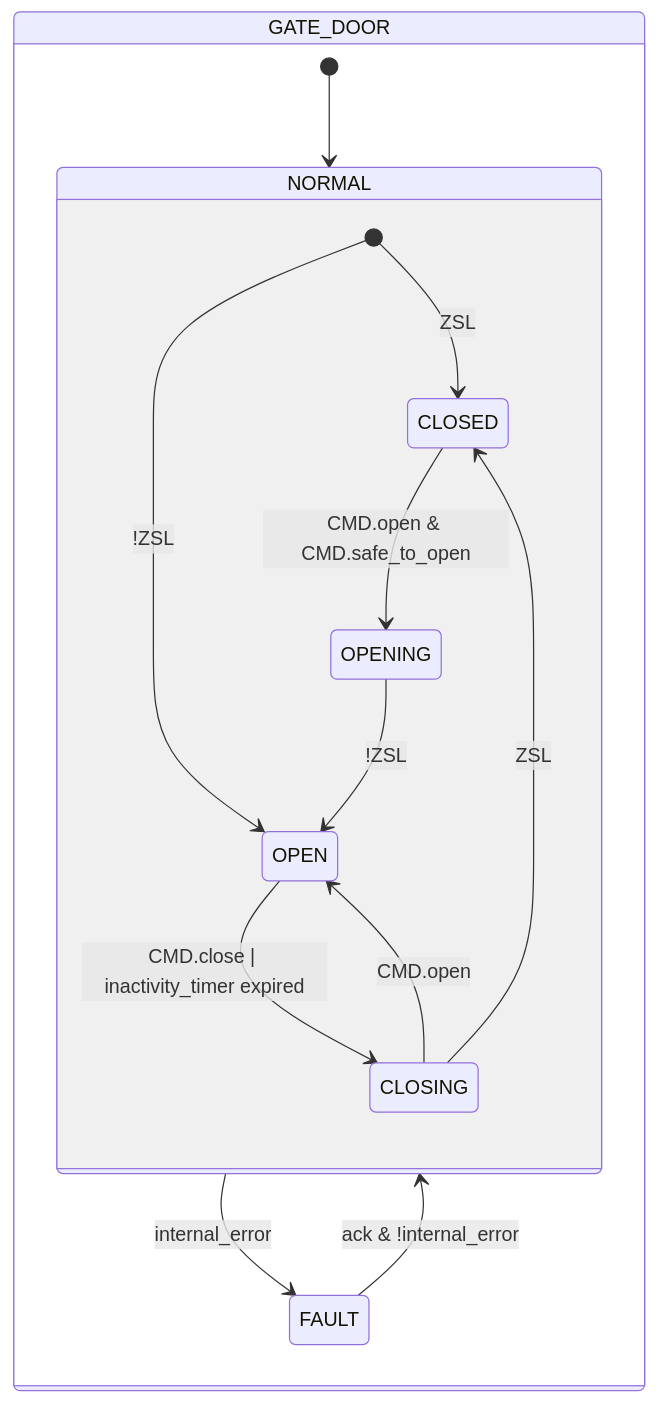
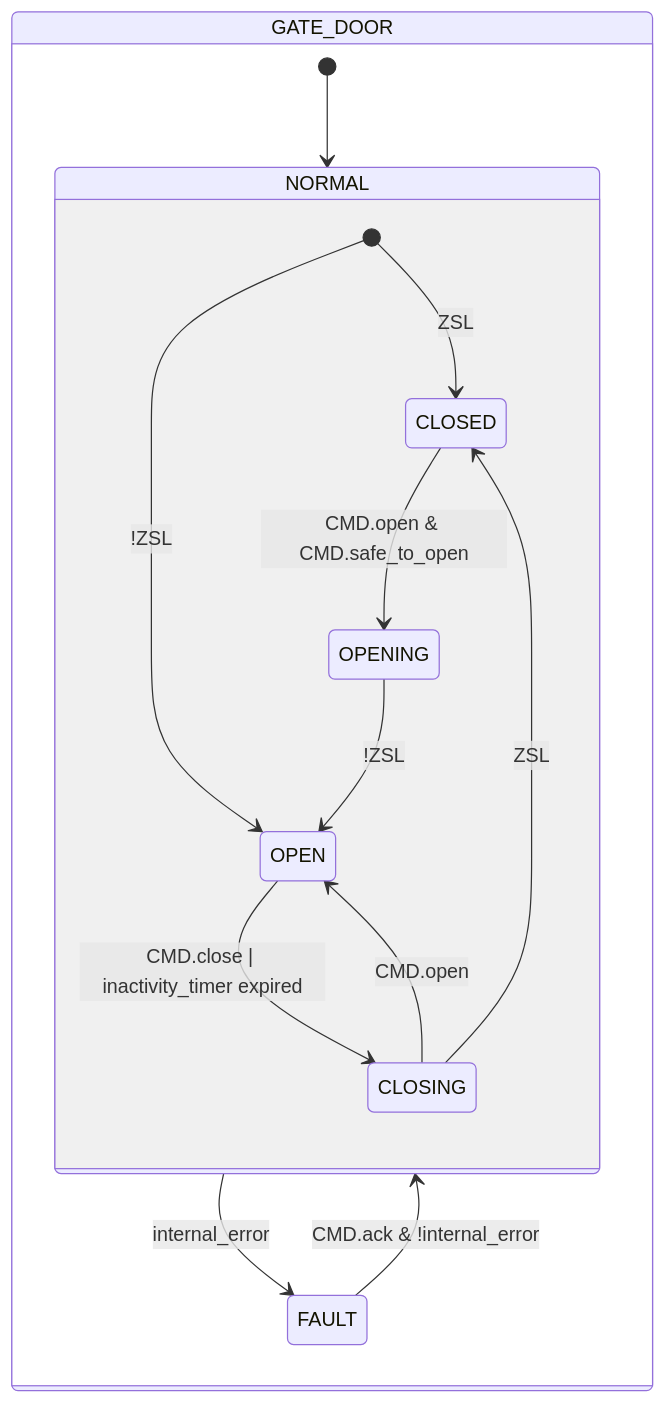
One commit to AleFire99/TIA_knowledge changed the second of 2 diagrams in docs/en/library/access/gate/index.md. Above: the diagram before and after it, drawn with Mermaid. The commit also changed 35 other files, not shown here.

````diff
--- a/docs/en/library/access/gate/index.md
+++ b/docs/en/library/access/gate/index.md
@@ -97,18 +97,18 @@
 ```mermaid
 stateDiagram-v2
 state GATE_DOOR {
     [*] --> NORMAL
     state NORMAL {
         [*] --> CLOSED : ZSL
         [*] --> OPEN : !ZSL
 
         CLOSED --> OPENING : CMD.open & CMD.safe_to_open
         OPENING --> OPEN : !ZSL
         OPEN --> CLOSING : CMD.close | inactivity_timer expired
         CLOSING --> OPEN : CMD.open
         CLOSING --> CLOSED : ZSL
     }
     NORMAL --> FAULT : internal_error
-    FAULT --> NORMAL : ack & !internal_error
+    FAULT --> NORMAL : CMD.ack & !internal_error
 }
 ```
````
